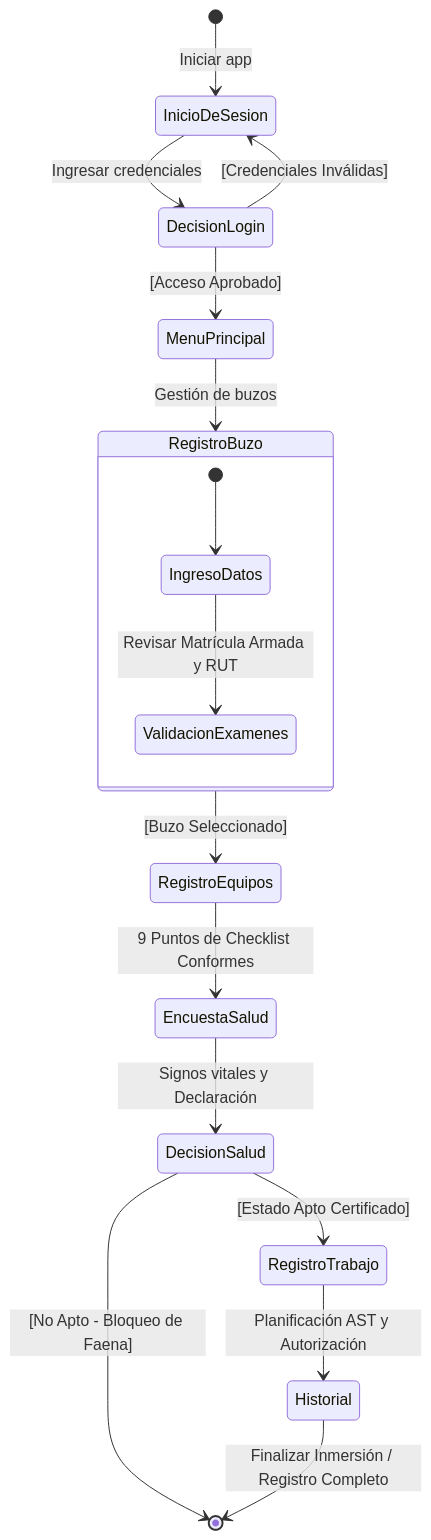
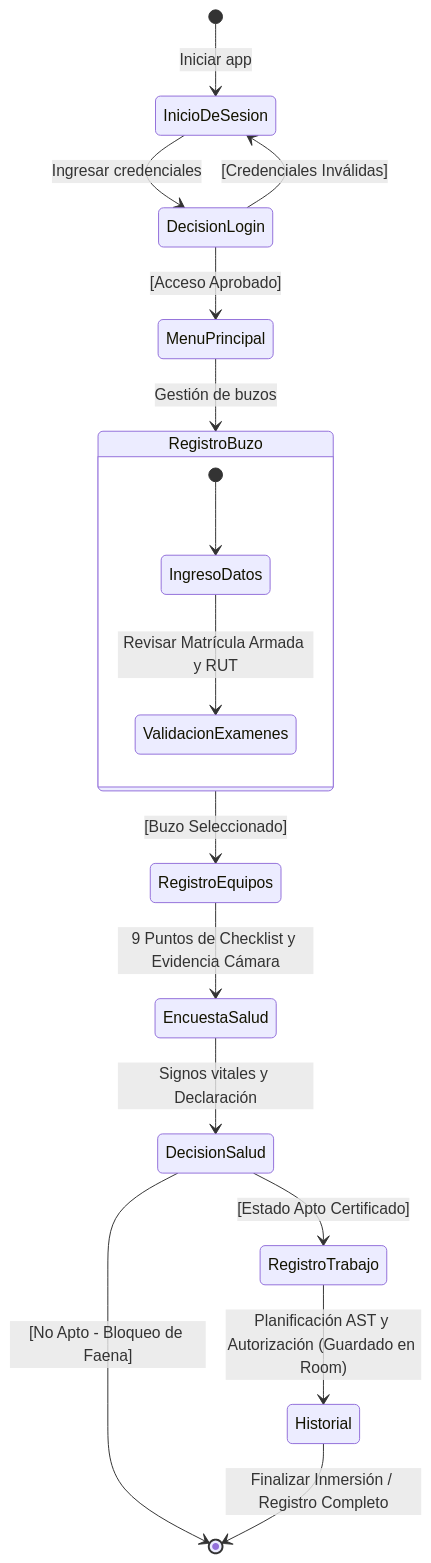
The second of 2 diagrams in README.md (AjoloteHacker/Aqua-Registro), drawn with Mermaid before and after one commit. The commit also changed other lines of this file and 23 other files, not shown here.

````diff
--- a/README.md
+++ b/README.md
@@ -76,24 +128,24 @@
 ```mermaid
 stateDiagram-v2
     [*] --> InicioDeSesion : Iniciar app
     
     InicioDeSesion --> DecisionLogin : Ingresar credenciales
     DecisionLogin --> InicioDeSesion : [Credenciales Inválidas]
     DecisionLogin --> MenuPrincipal : [Acceso Aprobado]
     
     MenuPrincipal --> RegistroBuzo : Gestión de buzos
     state RegistroBuzo {
         [*] --> IngresoDatos
         IngresoDatos --> ValidacionExamenes : Revisar Matrícula Armada y RUT
     }
     
     RegistroBuzo --> RegistroEquipos : [Buzo Seleccionado]
-    RegistroEquipos --> EncuestaSalud : 9 Puntos de Checklist Conformes
+    RegistroEquipos --> EncuestaSalud : 9 Puntos de Checklist y Evidencia Cámara
     
     EncuestaSalud --> DecisionSalud : Signos vitales y Declaración
     DecisionSalud --> [*] : [No Apto - Bloqueo de Faena]
     DecisionSalud --> RegistroTrabajo : [Estado Apto Certificado]
     
-    RegistroTrabajo --> Historial : Planificación AST y Autorización
+    RegistroTrabajo --> Historial : Planificación AST y Autorización (Guardado en Room)
     Historial --> [*] : Finalizar Inmersión / Registro Completo
 ```
````
